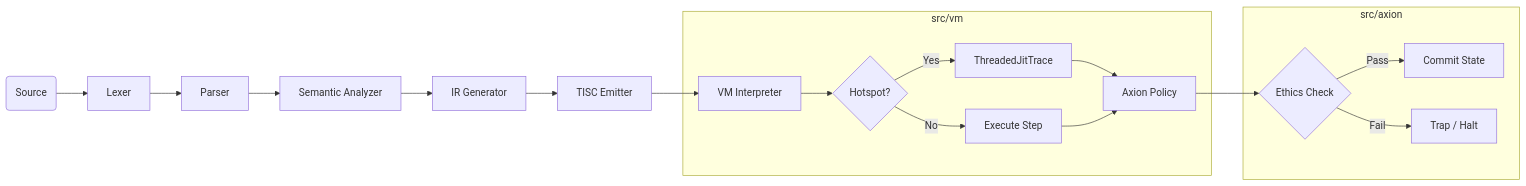
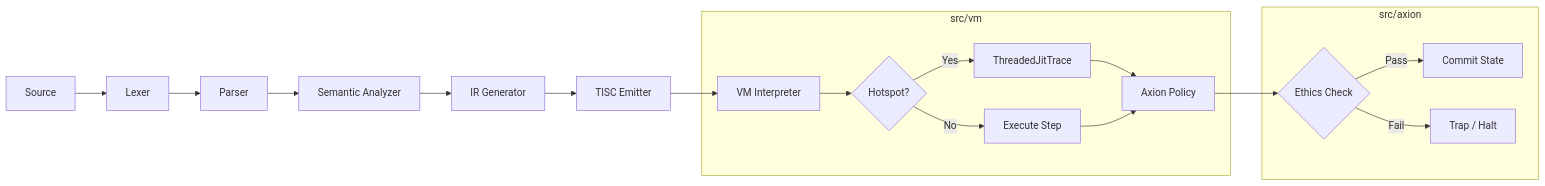
The first of 3 diagrams in docs/reference/architecture.md (ryansctt1994-sudo/t81-foundation), drawn with Mermaid before and after one commit. The commit also changed other lines of this file, not shown here.

First line of the commit message:
Refactor architecture diagrams for GitHub compatibility

````diff
--- a/docs/reference/architecture.md
+++ b/docs/reference/architecture.md
@@ -13,24 +9,23 @@
 ```mermaid
-graph LR
-    id1(Source) --> Lexer[Lexer]
+flowchart LR
+    Source[Source] --> Lexer[Lexer]
     Lexer --> Parser[Parser]
     Parser --> Semantic[Semantic Analyzer]
     Semantic --> IR[IR Generator]
     IR --> TISC[TISC Emitter]
-
     TISC --> VM[VM Interpreter]
 
     subgraph Runtime [src/vm]
         VM --> JIT{Hotspot?}
         JIT -- Yes --> Trace[ThreadedJitTrace]
         JIT -- No --> Exec[Execute Step]
         Trace --> Axion[Axion Policy]
         Exec --> Axion
     end
 
     subgraph Governance [src/axion]
         Axion --> Ethics{Ethics Check}
         Ethics -- Pass --> Commit[Commit State]
         Ethics -- Fail --> Trap[Trap / Halt]
     end
 ```
````
